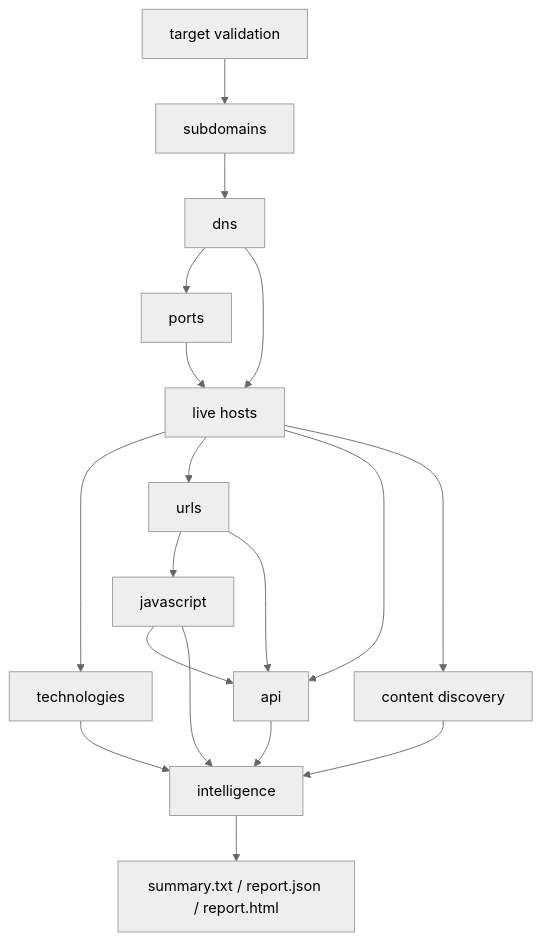
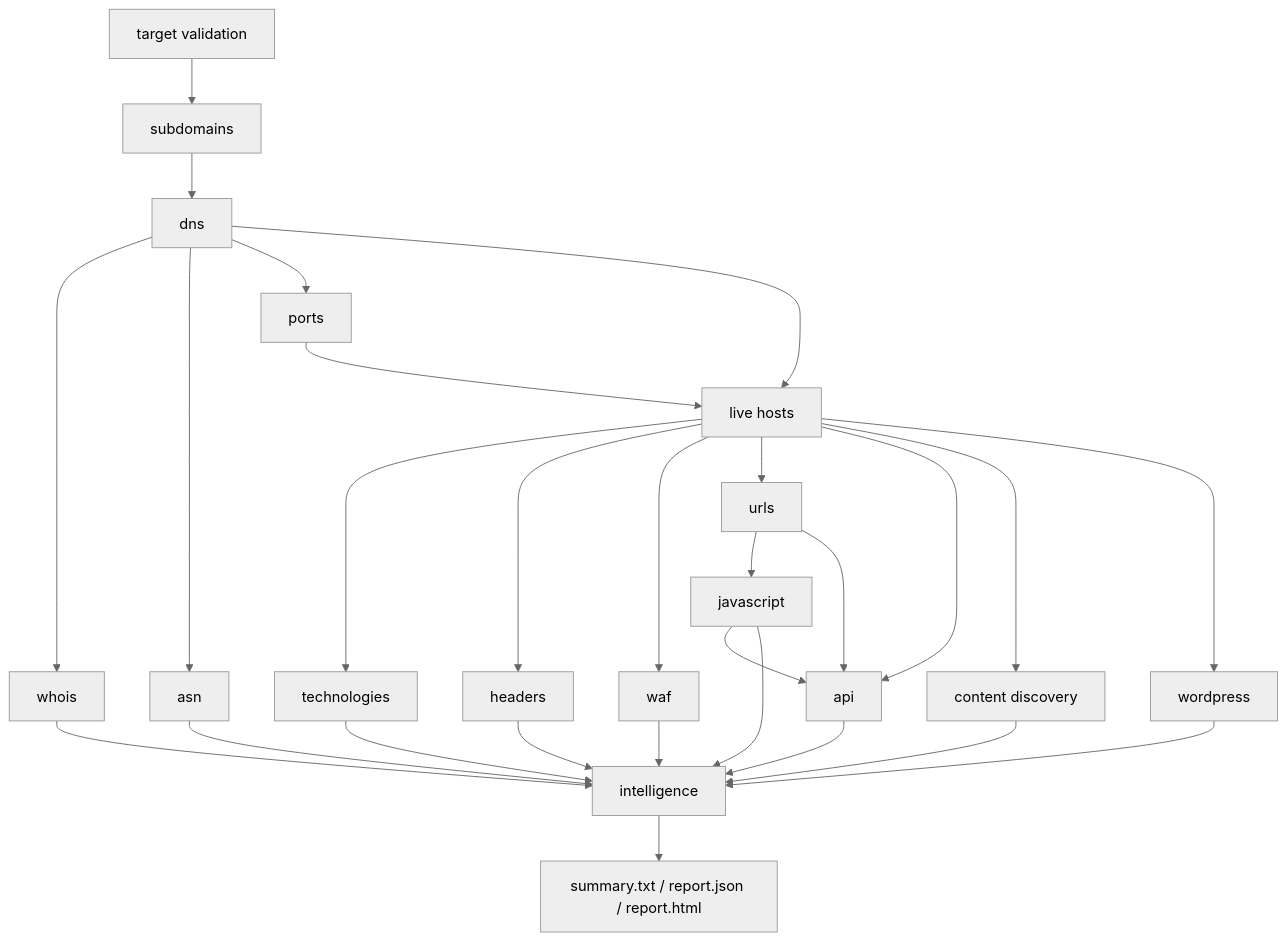
Before and after one commit to Abobakr-1/FullRecon: the diagram in docs/ARCHITECTURE.md, drawn with Mermaid (neutral theme). The commit also changed other lines of this file and 20 other files, not shown here.

````diff
--- a/docs/ARCHITECTURE.md
+++ b/docs/ARCHITECTURE.md
@@ -9,20 +9,30 @@
 ```mermaid
 flowchart TD
     T[target validation] --> SD[subdomains]
     SD --> DNS[dns]
+    DNS --> WHOIS[whois]
+    DNS --> ASN[asn]
     DNS --> PORTS[ports]
     DNS --> LIVE[live hosts]
     PORTS --> LIVE
     LIVE --> TECH[technologies]
+    LIVE --> HDR[headers]
+    LIVE --> WAF[waf]
     LIVE --> URLS[urls]
     URLS --> JS[javascript]
     URLS --> API[api]
     LIVE --> API
     LIVE --> CONTENT[content discovery]
+    LIVE --> WP[wordpress]
     JS --> API
-    TECH --> INTEL[intelligence]
+    WHOIS --> INTEL[intelligence]
+    ASN --> INTEL
+    TECH --> INTEL
+    HDR --> INTEL
+    WAF --> INTEL
     JS --> INTEL
     API --> INTEL
     CONTENT --> INTEL
+    WP --> INTEL
     INTEL --> REPORTS["summary.txt / report.json / report.html"]
 ```
````
